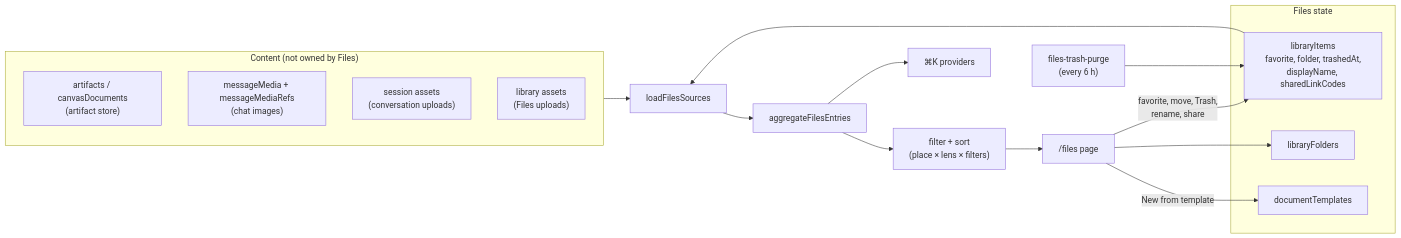
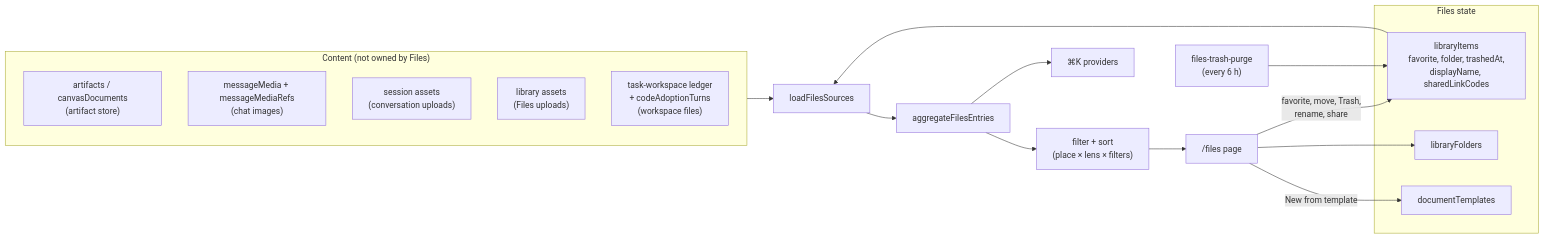
One commit to MaxQian888/cognia-next changed the diagram in docs/content/docs/en/subsystems/files/index.mdx. Above: the diagram before and after it, drawn with Mermaid. The commit also changed other lines of this file and 96 other files, not shown here.

````diff
--- a/docs/content/docs/en/subsystems/files/index.mdx
+++ b/docs/content/docs/en/subsystems/files/index.mdx
@@ -25,24 +25,25 @@
 ```mermaid
 flowchart LR
   subgraph Sources["Content (not owned by Files)"]
     A["artifacts / canvasDocuments<br/>(artifact store)"]
     M["messageMedia + messageMediaRefs<br/>(chat images)"]
     S["session assets<br/>(conversation uploads)"]
     L["library assets<br/>(Files uploads)"]
+    W["task-workspace ledger<br/>+ codeAdoptionTurns<br/>(workspace files)"]
   end
   subgraph Files["Files state"]
     LI["libraryItems<br/>favorite, folder, trashedAt,<br/>displayName, sharedLinkCodes"]
     LF["libraryFolders"]
     DT["documentTemplates"]
   end
   Sources --> LD["loadFilesSources"]
   LI --> LD
   LD --> AG["aggregateFilesEntries"]
   AG --> FV["filter + sort<br/>(place × lens × filters)"]
   FV --> UI["/files page"]
   AG --> K["⌘K providers"]
   UI -- "favorite, move, Trash,<br/>rename, share" --> LI
   UI --> LF
   UI -- "New from template" --> DT
   P["files-trash-purge<br/>(every 6 h)"] --> LI
 ```
````
